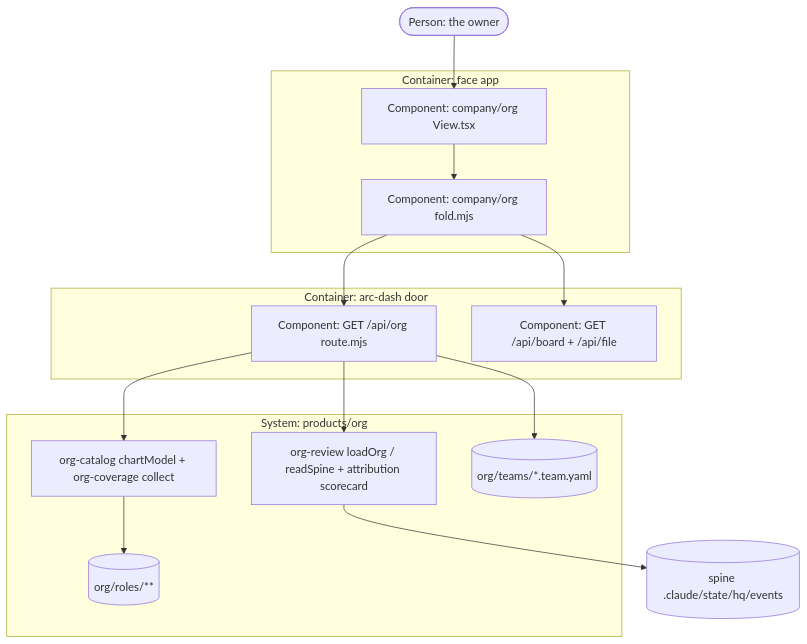
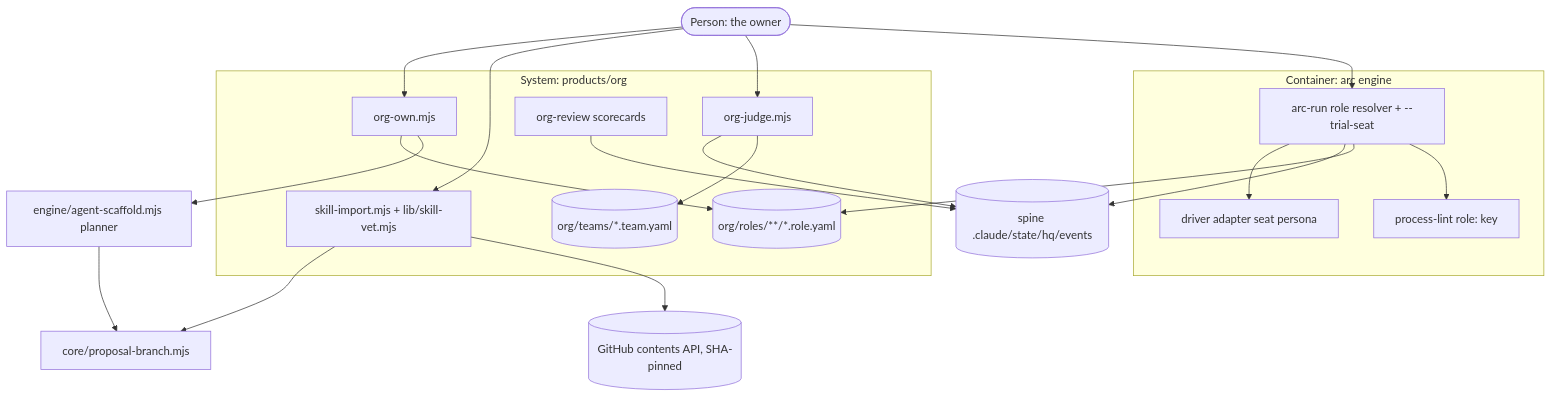
The diagram in initiatives/org/PLAN.md (technology-ashiq/arc), drawn with Mermaid before and after one commit. The commit also changed other lines of this file and 25 other files, not shown here.

````diff
--- a/initiatives/org/PLAN.md
+++ b/initiatives/org/PLAN.md
@@ -49,25 +52,32 @@
 ```mermaid
 flowchart TB
   owner([Person: the owner])
-  subgraph face [Container: face app]
-    view[Component: company/org View.tsx]
-    fold[Component: company/org fold.mjs]
-  end
-  subgraph door [Container: arc-dash door]
-    route[Component: GET /api/org route.mjs]
-    board[Component: GET /api/board + /api/file]
+  subgraph engine [Container: arc engine]
+    lint[process-lint role: key]
+    run[arc-run role resolver + --trial-seat]
+    driver[driver adapter seat persona]
   end
   subgraph org [System: products/org]
-    catalog[org-catalog chartModel + org-coverage collect]
-    review[org-review loadOrg / readSpine + attribution scorecard]
+    cards[(org/roles/**/*.role.yaml)]
+    judge[org-judge.mjs]
+    importer[skill-import.mjs + lib/skill-vet.mjs]
+    own[org-own.mjs]
+    review[org-review scorecards]
     teams[(org/teams/*.team.yaml)]
-    cards[(org/roles/**)]
   end
+  proposal[core/proposal-branch.mjs]
+  scaffold[engine/agent-scaffold.mjs planner]
+  gh[(GitHub contents API, SHA-pinned)]
   spine[(spine .claude/state/hq/events)]
-  owner --> view --> fold
-  fold --> route
-  fold --> board
-  route --> catalog --> cards
-  route --> review --> spine
-  route --> teams
+  owner --> run --> lint
+  run --> cards
+  run --> spine
+  run --> driver
+  owner --> judge --> teams
+  judge --> spine
+  owner --> importer --> gh
+  importer --> proposal
+  owner --> own --> scaffold --> proposal
+  own --> cards
+  review --> spine
 ```
````
